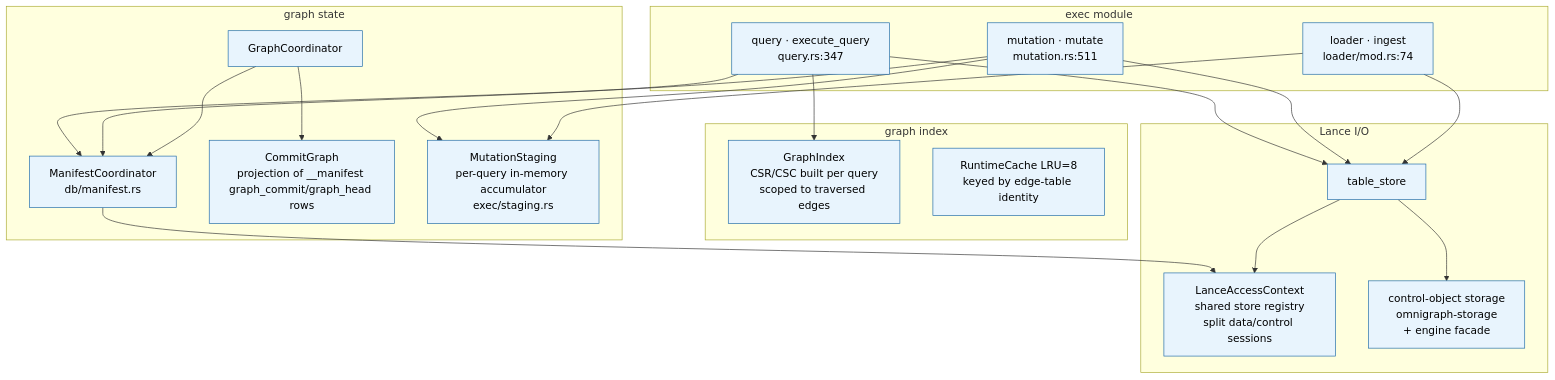
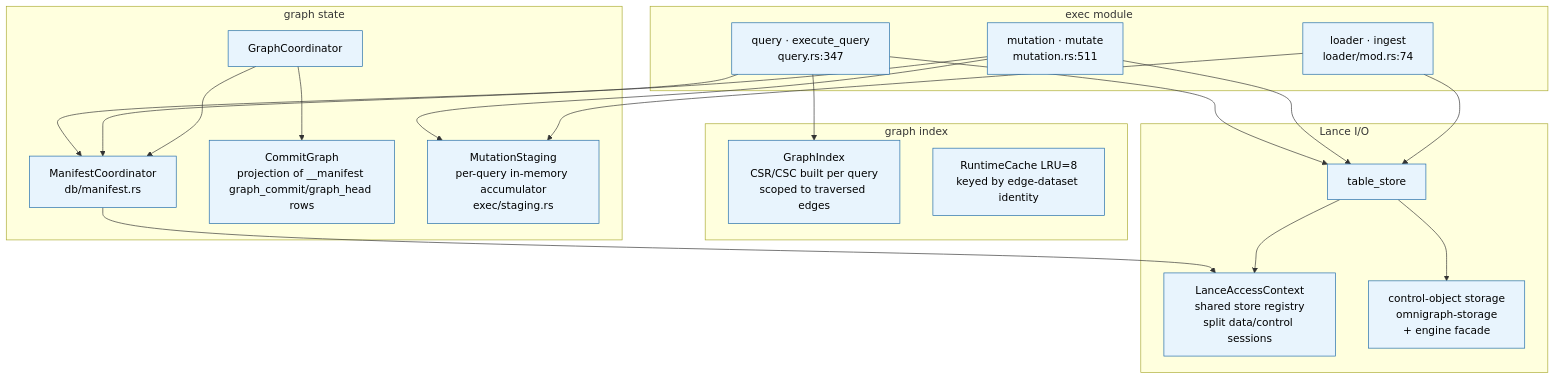
One commit to ModernRelay/omnigraph changed the fourth of 7 diagrams in docs/dev/architecture.md. Above: the diagram before and after it, drawn with Mermaid. The commit also changed other lines of this file and 131 other files, not shown here.

Commit message:
refactor(vocabulary): remove legacy graph contract aliases

````diff
--- a/docs/dev/architecture.md
+++ b/docs/dev/architecture.md
@@ -126,42 +126,42 @@
 ```mermaid
 flowchart TB
     classDef l2 fill:#e8f4fd,stroke:#1e6aa8,color:#000
 
     subgraph exec[exec module]
         eq[query · execute_query<br/>query.rs:347]:::l2
         em[mutation · mutate<br/>mutation.rs:511]:::l2
         ld[loader · ingest<br/>loader/mod.rs:74]:::l2
     end
 
     subgraph state[graph state]
         coord[GraphCoordinator]:::l2
         mr[ManifestCoordinator<br/>db/manifest.rs]:::l2
         cg[CommitGraph<br/>projection of __manifest graph_commit/graph_head rows]:::l2
         stg[MutationStaging<br/>per-query in-memory accumulator<br/>exec/staging.rs]:::l2
     end
 
     subgraph idx[graph index]
         gi[GraphIndex<br/>CSR/CSC built per query<br/>scoped to traversed edges]:::l2
-        rc[RuntimeCache LRU=8<br/>keyed by edge-table identity]:::l2
+        rc[RuntimeCache LRU=8<br/>keyed by edge-dataset identity]:::l2
     end
 
     subgraph io[Lance I/O]
         la[LanceAccessContext<br/>shared store registry<br/>split data/control sessions]:::l2
         ts[table_store]:::l2
         st[control-object storage<br/>omnigraph-storage<br/>+ engine facade]:::l2
     end
 
     eq --> gi
     eq --> ts
     em --> stg
     em --> ts
     ld --> stg
     ld --> ts
     eq --> mr
     em --> mr
     coord --> mr
     coord --> cg
     mr --> la
     ts --> la
     ts --> st
 ```
````
